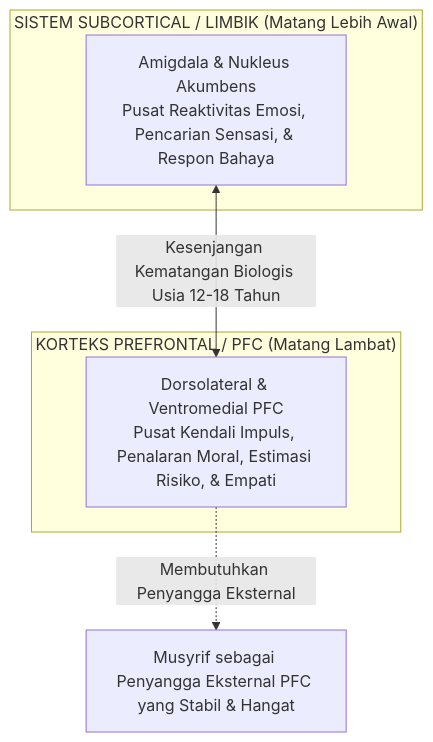
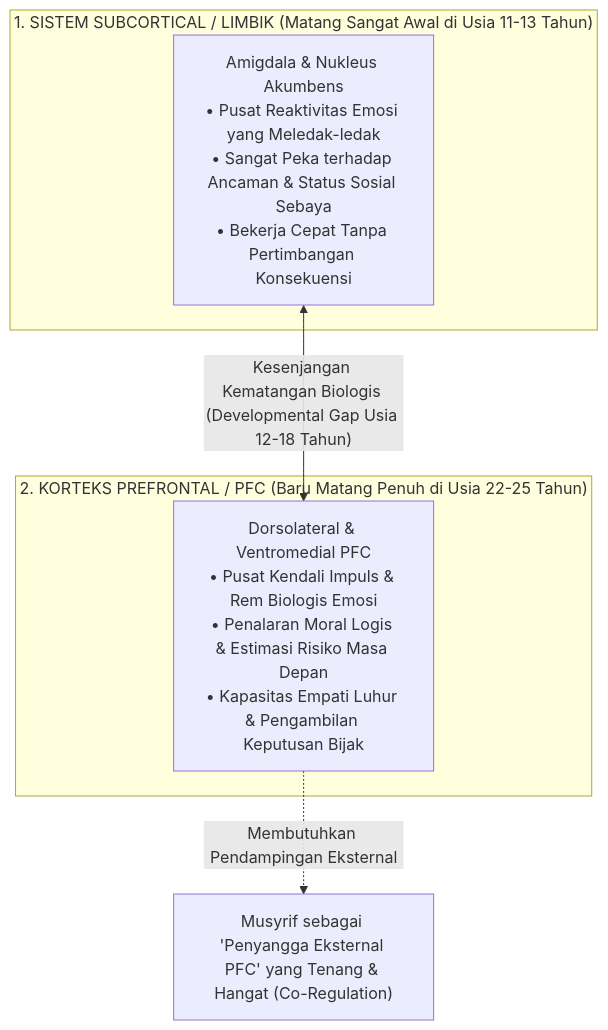
One commit to wandiapriliyandi/tumbuh changed the second of 5 diagrams in BOOK-SERIES/Volume-01/Bab-01-Krisis-Karakter-dan-Urgensi-Rekonstruksi/03-Dampak-Neurobiologis-Trauma-dan-Kelumpuhan-PFC.md. Above: the diagram before and after it, drawn with Mermaid. The commit also changed other lines of this file, not shown here.

````diff
--- a/BOOK-SERIES/Volume-01/Bab-01-Krisis-Karakter-dan-Urgensi-Rekonstruksi/03-Dampak-Neurobiologis-Trauma-dan-Kelumpuhan-PFC.md
+++ b/BOOK-SERIES/Volume-01/Bab-01-Krisis-Karakter-dan-Urgensi-Rekonstruksi/03-Dampak-Neurobiologis-Trauma-dan-Kelumpuhan-PFC.md
@@ -14,13 +42,13 @@
 ```mermaid
 graph TD
-    subgraph SistemLimbik["SISTEM SUBCORTICAL / LIMBIK (Matang Lebih Awal)"]
-        Amigdala["Amigdala & Nukleus Akumbens<br/>Pusat Reaktivitas Emosi, Pencarian Sensasi, & Respon Bahaya"]
+    subgraph SistemLimbik["1. SISTEM SUBCORTICAL / LIMBIK (Matang Sangat Awal di Usia 11-13 Tahun)"]
+        Amigdala["Amigdala & Nukleus Akumbens<br/>• Pusat Reaktivitas Emosi yang Meledak-ledak<br/>• Sangat Peka terhadap Ancaman & Status Sosial Sebaya<br/>• Bekerja Cepat Tanpa Pertimbangan Konsekuensi"]
     end
     
-    subgraph KorteksPrefrontal["KORTEKS PREFRONTAL / PFC (Matang Lambat)"]
-        PFC["Dorsolateral & Ventromedial PFC<br/>Pusat Kendali Impuls, Penalaran Moral, Estimasi Risiko, & Empati"]
+    subgraph KorteksPrefrontal["2. KORTEKS PREFRONTAL / PFC (Baru Matang Penuh di Usia 22-25 Tahun)"]
+        PFC["Dorsolateral & Ventromedial PFC<br/>• Pusat Kendali Impuls & Rem Biologis Emosi<br/>• Penalaran Moral Logis & Estimasi Risiko Masa Depan<br/>• Kapasitas Empati Luhur & Pengambilan Keputusan Bijak"]
     end
     
-    Amigdala <-->|"Kesenjangan Kematangan Biologis Usia 12-18 Tahun"| PFC
-    PFC -.->|"Membutuhkan Penyangga Eksternal"| Musyrif["Musyrif sebagai Penyangga Eksternal PFC yang Stabil & Hangat"]
+    Amigdala <-->|"Kesenjangan Kematangan Biologis (Developmental Gap Usia 12-18 Tahun)"| PFC
+    PFC -.->|"Membutuhkan Pendampingan Eksternal"| Musyrif["Musyrif sebagai 'Penyangga Eksternal PFC' yang Tenang & Hangat (Co-Regulation)"]
 ```
````
